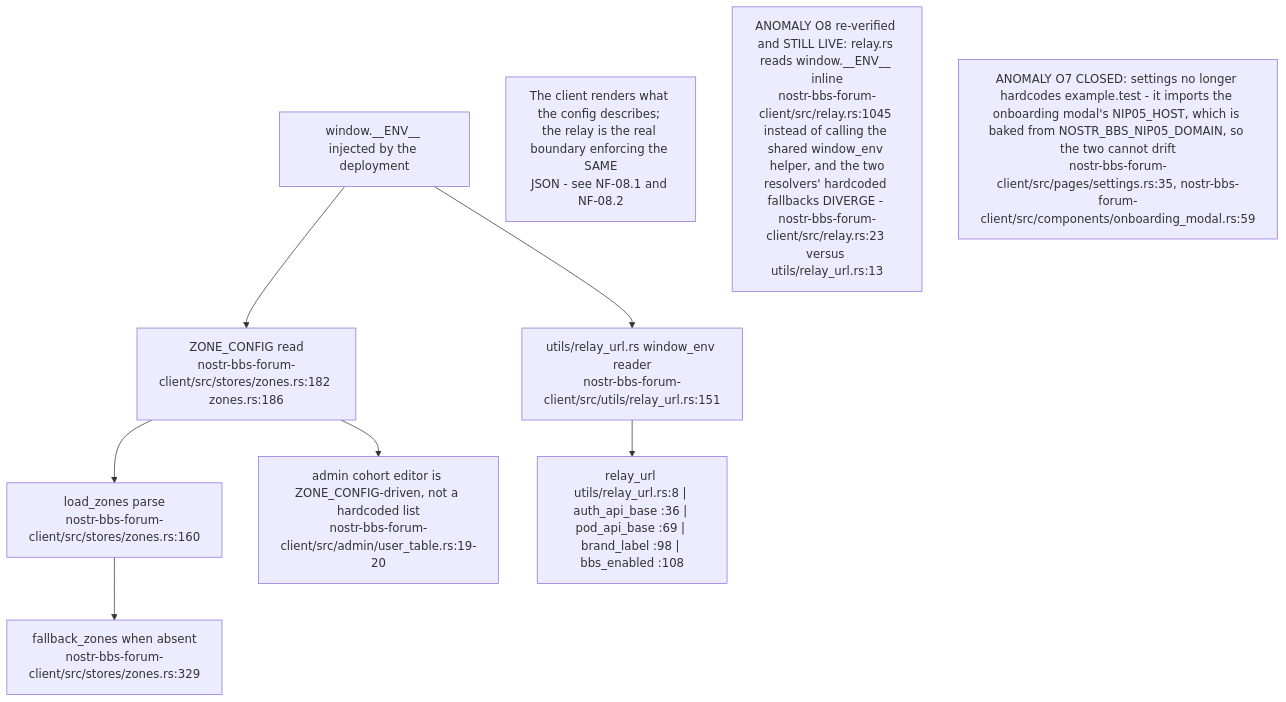
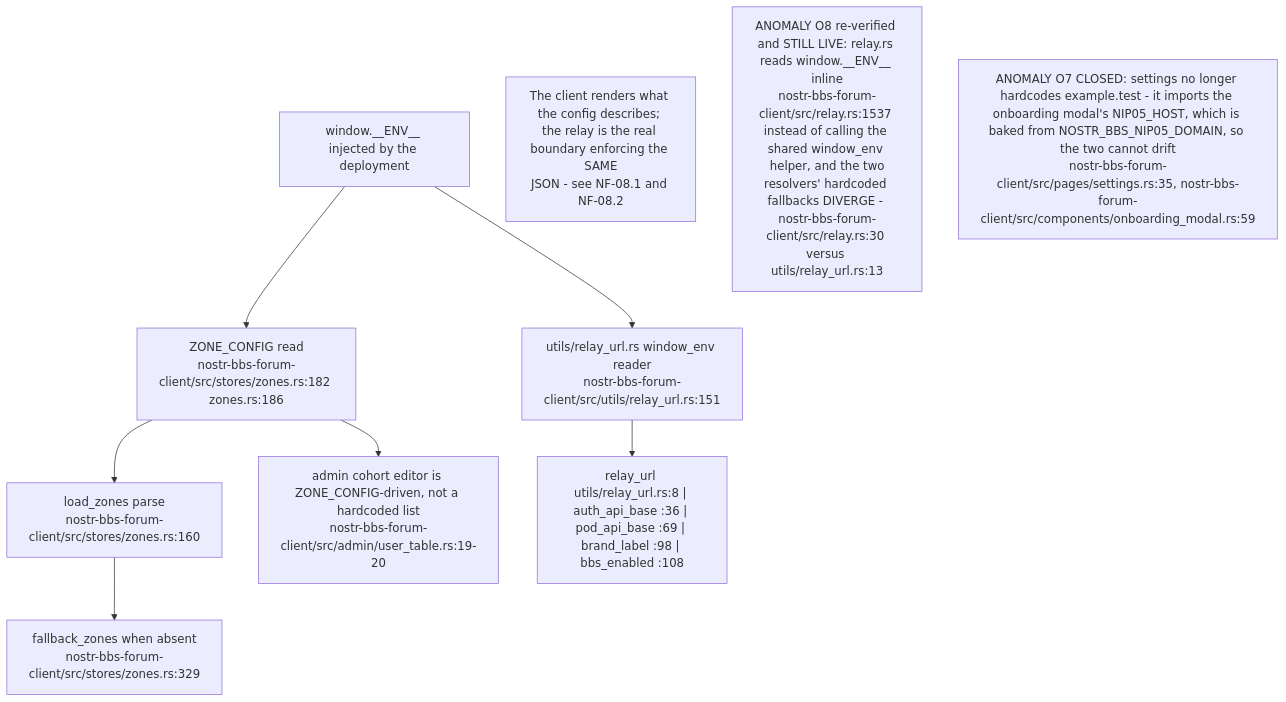
The seventh of 20 diagrams in docs/diagrams/nostr-rust-forum/05-leptos-clients-onboarding-messaging-governance.md (DreamLab-AI/VisionFlow), drawn with Mermaid before and after one commit. The commit also changed other lines of this file, not shown here.

First line of the commit message:
docs(diagrams): re-verify NF-05 at nostr-rust-forum af4f0d5

````diff
--- a/docs/diagrams/nostr-rust-forum/05-leptos-clients-onboarding-messaging-governance.md
+++ b/docs/diagrams/nostr-rust-forum/05-leptos-clients-onboarding-messaging-governance.md
@@ -264,18 +276,18 @@
 ```mermaid
 flowchart TB
     ENV["window.__ENV__ injected by the deployment"]
     ZC["ZONE_CONFIG read<br/>nostr-bbs-forum-client/src/stores/zones.rs:182 zones.rs:186"]
     LOAD["load_zones parse<br/>nostr-bbs-forum-client/src/stores/zones.rs:160"]
     FB["fallback_zones when absent<br/>nostr-bbs-forum-client/src/stores/zones.rs:329"]
     URLS["utils/relay_url.rs window_env reader<br/>nostr-bbs-forum-client/src/utils/relay_url.rs:151"]
     R["relay_url utils/relay_url.rs:8 | auth_api_base :36 | pod_api_base :69 | brand_label :98 | bbs_enabled :108"]
     COH["admin cohort editor is ZONE_CONFIG-driven, not a hardcoded list<br/>nostr-bbs-forum-client/src/admin/user_table.rs:19-20"]
 
     ENV --> ZC --> LOAD --> FB
     ENV --> URLS --> R
     ZC --> COH
 
     N1["The client renders what the config describes; the relay is the real boundary enforcing the SAME<br/>JSON - see NF-08.1 and NF-08.2"]
-    N2["ANOMALY O8 re-verified and STILL LIVE: relay.rs reads window.__ENV__ inline<br/>nostr-bbs-forum-client/src/relay.rs:1045 instead of calling the shared window_env helper, and the two<br/>resolvers' hardcoded fallbacks DIVERGE - nostr-bbs-forum-client/src/relay.rs:23 versus utils/relay_url.rs:13"]
+    N2["ANOMALY O8 re-verified and STILL LIVE: relay.rs reads window.__ENV__ inline<br/>nostr-bbs-forum-client/src/relay.rs:1537 instead of calling the shared window_env helper, and the two<br/>resolvers' hardcoded fallbacks DIVERGE - nostr-bbs-forum-client/src/relay.rs:30 versus utils/relay_url.rs:13"]
     N3["ANOMALY O7 CLOSED: settings no longer hardcodes example.test - it imports the onboarding modal's NIP05_HOST, which is baked from NOSTR_BBS_NIP05_DOMAIN, so the two cannot drift<br/>nostr-bbs-forum-client/src/pages/settings.rs:35, nostr-bbs-forum-client/src/components/onboarding_modal.rs:59"]
 ```
````
